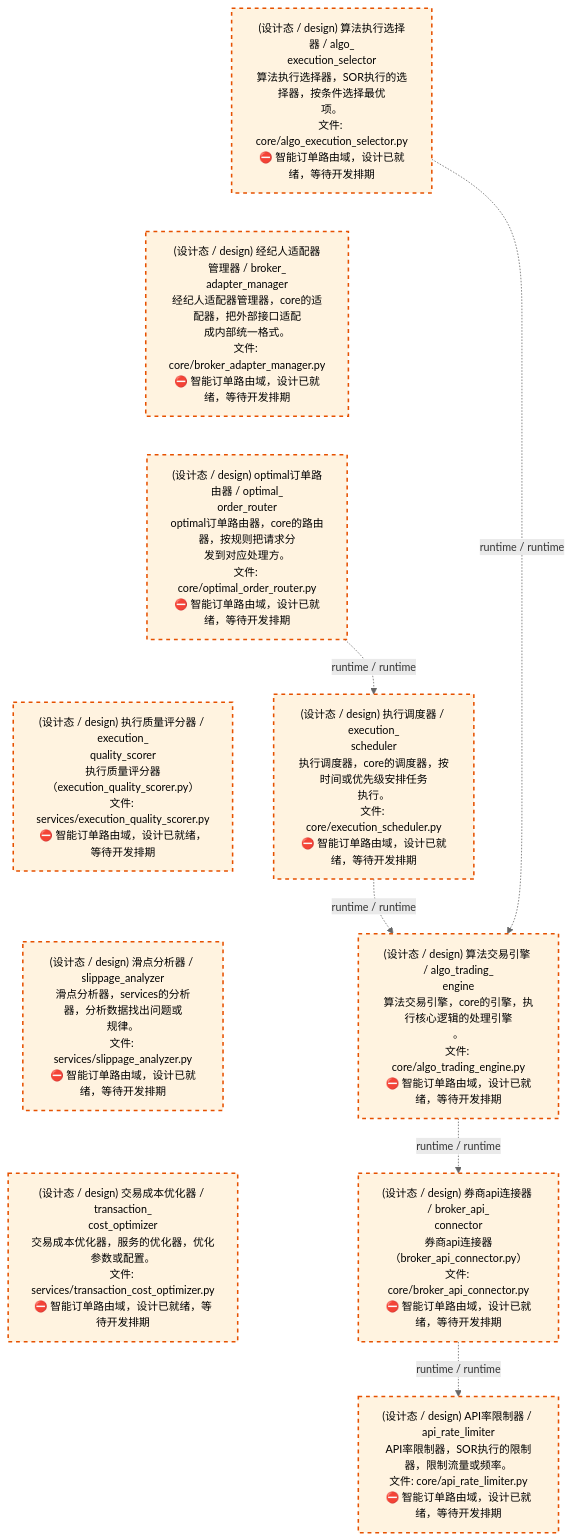
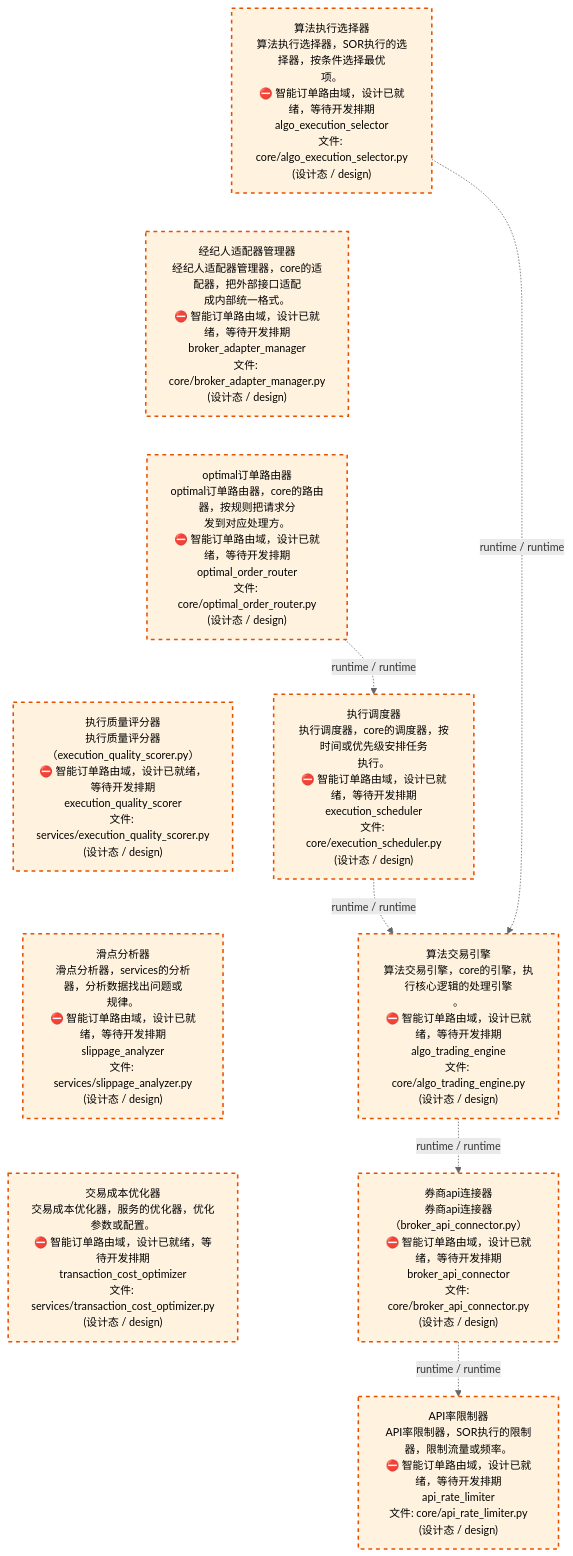
Before and after one commit to xuanFelixVan/ZephyrAlpha: the third of 4 diagrams in docs/02_enterprise_architecture/02_domain_architecture_docs/45_d_ex_sor.md, drawn with Mermaid. The commit also changed other lines of this file and 62 other files, not shown here.

````diff
--- a/docs/02_enterprise_architecture/02_domain_architecture_docs/45_d_ex_sor.md
+++ b/docs/02_enterprise_architecture/02_domain_architecture_docs/45_d_ex_sor.md
@@ -138,29 +138,29 @@
 ```mermaid
 %%{init: {'theme': 'base', 'themeVariables': {'primaryColor': '#eaeaea', 'primaryTextColor': '#333333', 'primaryBorderColor': '#666666', 'lineColor': '#666666', 'secondaryColor': '#eaeaea', 'tertiaryColor': '#eaeaea', 'fontSize': '14px'}}}%%
 flowchart TD
-    src_zephyr_ex_sor_core_algo_execution_selector_py["(设计态 / design) 算法执行选择器 / algo_<br/>execution_selector<br/>算法执行选择器，SOR执行的选择器，按条件选择最优<br/>项。<br/>文件: core/algo_execution_selector.py<br/>⛔ 智能订单路由域，设计已就绪，等待开发排期"]
-    src_zephyr_ex_sor_core_broker_adapter_manager_py["(设计态 / design) 经纪人适配器管理器 / broker_<br/>adapter_manager<br/>经纪人适配器管理器，core的适配器，把外部接口适配<br/>成内部统一格式。<br/>文件: core/broker_adapter_manager.py<br/>⛔ 智能订单路由域，设计已就绪，等待开发排期"]
-    src_zephyr_ex_sor_core_optimal_order_router_py["(设计态 / design) optimal订单路由器 / optimal_<br/>order_router<br/>optimal订单路由器，core的路由器，按规则把请求分<br/>发到对应处理方。<br/>文件: core/optimal_order_router.py<br/>⛔ 智能订单路由域，设计已就绪，等待开发排期"]
-    src_zephyr_ex_sor_services_execution_quality_scorer_py["(设计态 / design) 执行质量评分器 / execution_<br/>quality_scorer<br/>执行质量评分器（execution_quality_scorer.py）<br/>文件: services/execution_quality_scorer.py<br/>⛔ 智能订单路由域，设计已就绪，等待开发排期"]
-    src_zephyr_ex_sor_services_slippage_analyzer_py["(设计态 / design) 滑点分析器 / slippage_analyzer<br/>滑点分析器，services的分析器，分析数据找出问题或<br/>规律。<br/>文件: services/slippage_analyzer.py<br/>⛔ 智能订单路由域，设计已就绪，等待开发排期"]
-    src_zephyr_ex_sor_services_transaction_cost_optimizer_py["(设计态 / design) 交易成本优化器 / transaction_<br/>cost_optimizer<br/>交易成本优化器，服务的优化器，优化参数或配置。<br/>文件: services/transaction_cost_optimizer.py<br/>⛔ 智能订单路由域，设计已就绪，等待开发排期"]
+    src_zephyr_ex_sor_core_algo_execution_selector_py["算法执行选择器<br/>算法执行选择器，SOR执行的选择器，按条件选择最优<br/>项。<br/>⛔ 智能订单路由域，设计已就绪，等待开发排期<br/>algo_execution_selector<br/>文件: core/algo_execution_selector.py<br/>(设计态 / design)"]
+    src_zephyr_ex_sor_core_broker_adapter_manager_py["经纪人适配器管理器<br/>经纪人适配器管理器，core的适配器，把外部接口适配<br/>成内部统一格式。<br/>⛔ 智能订单路由域，设计已就绪，等待开发排期<br/>broker_adapter_manager<br/>文件: core/broker_adapter_manager.py<br/>(设计态 / design)"]
+    src_zephyr_ex_sor_core_optimal_order_router_py["optimal订单路由器<br/>optimal订单路由器，core的路由器，按规则把请求分<br/>发到对应处理方。<br/>⛔ 智能订单路由域，设计已就绪，等待开发排期<br/>optimal_order_router<br/>文件: core/optimal_order_router.py<br/>(设计态 / design)"]
+    src_zephyr_ex_sor_services_execution_quality_scorer_py["执行质量评分器<br/>执行质量评分器（execution_quality_scorer.py）<br/>⛔ 智能订单路由域，设计已就绪，等待开发排期<br/>execution_quality_scorer<br/>文件: services/execution_quality_scorer.py<br/>(设计态 / design)"]
+    src_zephyr_ex_sor_services_slippage_analyzer_py["滑点分析器<br/>滑点分析器，services的分析器，分析数据找出问题或<br/>规律。<br/>⛔ 智能订单路由域，设计已就绪，等待开发排期<br/>slippage_analyzer<br/>文件: services/slippage_analyzer.py<br/>(设计态 / design)"]
+    src_zephyr_ex_sor_services_transaction_cost_optimizer_py["交易成本优化器<br/>交易成本优化器，服务的优化器，优化参数或配置。<br/>⛔ 智能订单路由域，设计已就绪，等待开发排期<br/>transaction_cost_optimizer<br/>文件: services/transaction_cost_optimizer.py<br/>(设计态 / design)"]
     src_zephyr_ex_sor_core_algo_execution_selector_py ~~~ src_zephyr_ex_sor_core_broker_adapter_manager_py
     src_zephyr_ex_sor_core_broker_adapter_manager_py ~~~ src_zephyr_ex_sor_core_optimal_order_router_py
     src_zephyr_ex_sor_core_optimal_order_router_py ~~~ src_zephyr_ex_sor_services_execution_quality_scorer_py
     src_zephyr_ex_sor_services_execution_quality_scorer_py ~~~ src_zephyr_ex_sor_services_slippage_analyzer_py
     src_zephyr_ex_sor_services_slippage_analyzer_py ~~~ src_zephyr_ex_sor_services_transaction_cost_optimizer_py
-    src_zephyr_ex_sor_core_execution_scheduler_py["(设计态 / design) 执行调度器 / execution_<br/>scheduler<br/>执行调度器，core的调度器，按时间或优先级安排任务<br/>执行。<br/>文件: core/execution_scheduler.py<br/>⛔ 智能订单路由域，设计已就绪，等待开发排期"]
-    src_zephyr_ex_sor_core_algo_trading_engine_py["(设计态 / design) 算法交易引擎 / algo_trading_<br/>engine<br/>算法交易引擎，core的引擎，执行核心逻辑的处理引擎<br/>。<br/>文件: core/algo_trading_engine.py<br/>⛔ 智能订单路由域，设计已就绪，等待开发排期"]
-    src_zephyr_ex_sor_core_broker_api_connector_py["(设计态 / design) 券商api连接器 / broker_api_<br/>connector<br/>券商api连接器（broker_api_connector.py）<br/>文件: core/broker_api_connector.py<br/>⛔ 智能订单路由域，设计已就绪，等待开发排期"]
-    src_zephyr_ex_sor_core_api_rate_limiter_py["(设计态 / design) API率限制器 / api_rate_limiter<br/>API率限制器，SOR执行的限制器，限制流量或频率。<br/>文件: core/api_rate_limiter.py<br/>⛔ 智能订单路由域，设计已就绪，等待开发排期"]
+    src_zephyr_ex_sor_core_execution_scheduler_py["执行调度器<br/>执行调度器，core的调度器，按时间或优先级安排任务<br/>执行。<br/>⛔ 智能订单路由域，设计已就绪，等待开发排期<br/>execution_scheduler<br/>文件: core/execution_scheduler.py<br/>(设计态 / design)"]
+    src_zephyr_ex_sor_core_algo_trading_engine_py["算法交易引擎<br/>算法交易引擎，core的引擎，执行核心逻辑的处理引擎<br/>。<br/>⛔ 智能订单路由域，设计已就绪，等待开发排期<br/>algo_trading_engine<br/>文件: core/algo_trading_engine.py<br/>(设计态 / design)"]
+    src_zephyr_ex_sor_core_broker_api_connector_py["券商api连接器<br/>券商api连接器（broker_api_connector.py）<br/>⛔ 智能订单路由域，设计已就绪，等待开发排期<br/>broker_api_connector<br/>文件: core/broker_api_connector.py<br/>(设计态 / design)"]
+    src_zephyr_ex_sor_core_api_rate_limiter_py["API率限制器<br/>API率限制器，SOR执行的限制器，限制流量或频率。<br/>⛔ 智能订单路由域，设计已就绪，等待开发排期<br/>api_rate_limiter<br/>文件: core/api_rate_limiter.py<br/>(设计态 / design)"]
     src_zephyr_ex_sor_core_optimal_order_router_py -.->|runtime / runtime| src_zephyr_ex_sor_core_execution_scheduler_py
     src_zephyr_ex_sor_core_execution_scheduler_py -.->|runtime / runtime| src_zephyr_ex_sor_core_algo_trading_engine_py
     src_zephyr_ex_sor_core_algo_trading_engine_py -.->|runtime / runtime| src_zephyr_ex_sor_core_broker_api_connector_py
     src_zephyr_ex_sor_core_algo_execution_selector_py -.->|runtime / runtime| src_zephyr_ex_sor_core_algo_trading_engine_py
     src_zephyr_ex_sor_core_broker_api_connector_py -.->|runtime / runtime| src_zephyr_ex_sor_core_api_rate_limiter_py
     classDef production fill:#e1f5fe,stroke:#01579b,stroke-width:2px,color:#000
     classDef design fill:#fff3e0,stroke:#e65100,stroke-width:2px,color:#000,stroke-dasharray: 5 5
     classDef external_prod fill:#e8f4fd,stroke:#0277bd,stroke-width:1px,color:#000
     classDef external_design fill:#fff8e7,stroke:#ef6c00,stroke-width:1px,color:#000,stroke-dasharray: 5 5
     class src_zephyr_ex_sor_core_algo_execution_selector_py,src_zephyr_ex_sor_core_algo_trading_engine_py,src_zephyr_ex_sor_core_api_rate_limiter_py,src_zephyr_ex_sor_core_broker_adapter_manager_py,src_zephyr_ex_sor_core_broker_api_connector_py,src_zephyr_ex_sor_core_execution_scheduler_py,src_zephyr_ex_sor_core_optimal_order_router_py,src_zephyr_ex_sor_services_execution_quality_scorer_py,src_zephyr_ex_sor_services_slippage_analyzer_py,src_zephyr_ex_sor_services_transaction_cost_optimizer_py design
 ```
````
